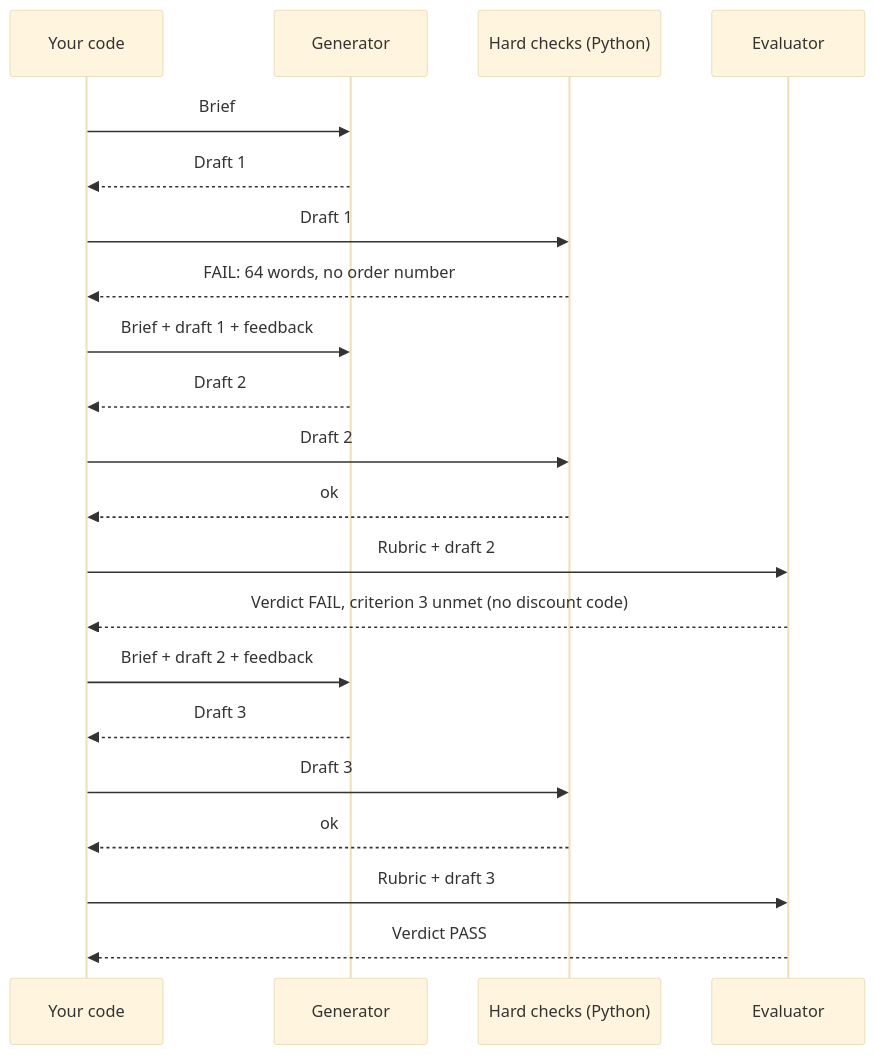
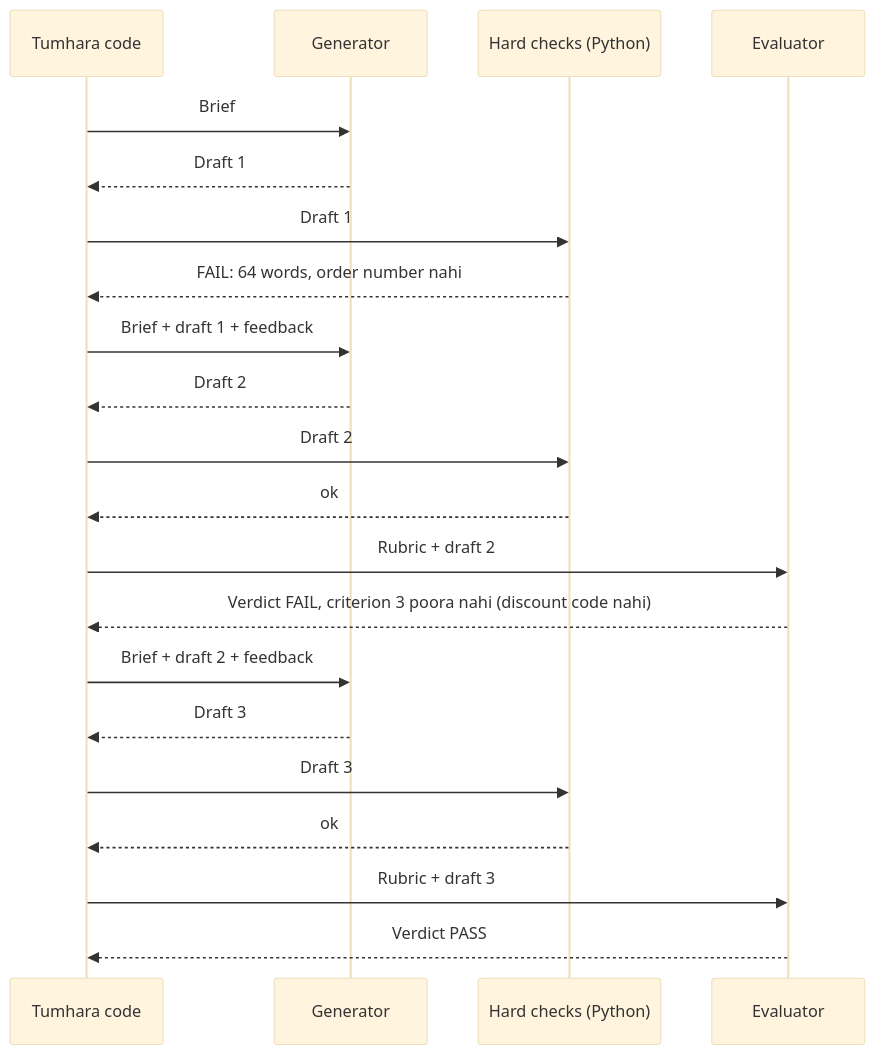
Before and after one commit to asmustechno/agentic-ai-notes: the diagram in docs/08-reflection-and-self-correction/08.2-evaluator-optimizer-loop.md, drawn with Mermaid (base theme). The commit also changed other lines of this file and 135 other files, not shown here.

````diff
--- a/docs/08-reflection-and-self-correction/08.2-evaluator-optimizer-loop.md
+++ b/docs/08-reflection-and-self-correction/08.2-evaluator-optimizer-loop.md
@@ -43,23 +45,23 @@
 ```mermaid
 sequenceDiagram
-    participant C as Your code
+    participant C as Tumhara code
     participant G as Generator
     participant H as Hard checks (Python)
     participant E as Evaluator
     C->>G: Brief
     G-->>C: Draft 1
     C->>H: Draft 1
-    H-->>C: FAIL: 64 words, no order number
+    H-->>C: FAIL: 64 words, order number nahi
     C->>G: Brief + draft 1 + feedback
     G-->>C: Draft 2
     C->>H: Draft 2
     H-->>C: ok
     C->>E: Rubric + draft 2
-    E-->>C: Verdict FAIL, criterion 3 unmet (no discount code)
+    E-->>C: Verdict FAIL, criterion 3 poora nahi (discount code nahi)
     C->>G: Brief + draft 2 + feedback
     G-->>C: Draft 3
     C->>H: Draft 3
     H-->>C: ok
     C->>E: Rubric + draft 3
     E-->>C: Verdict PASS
 ```
````
